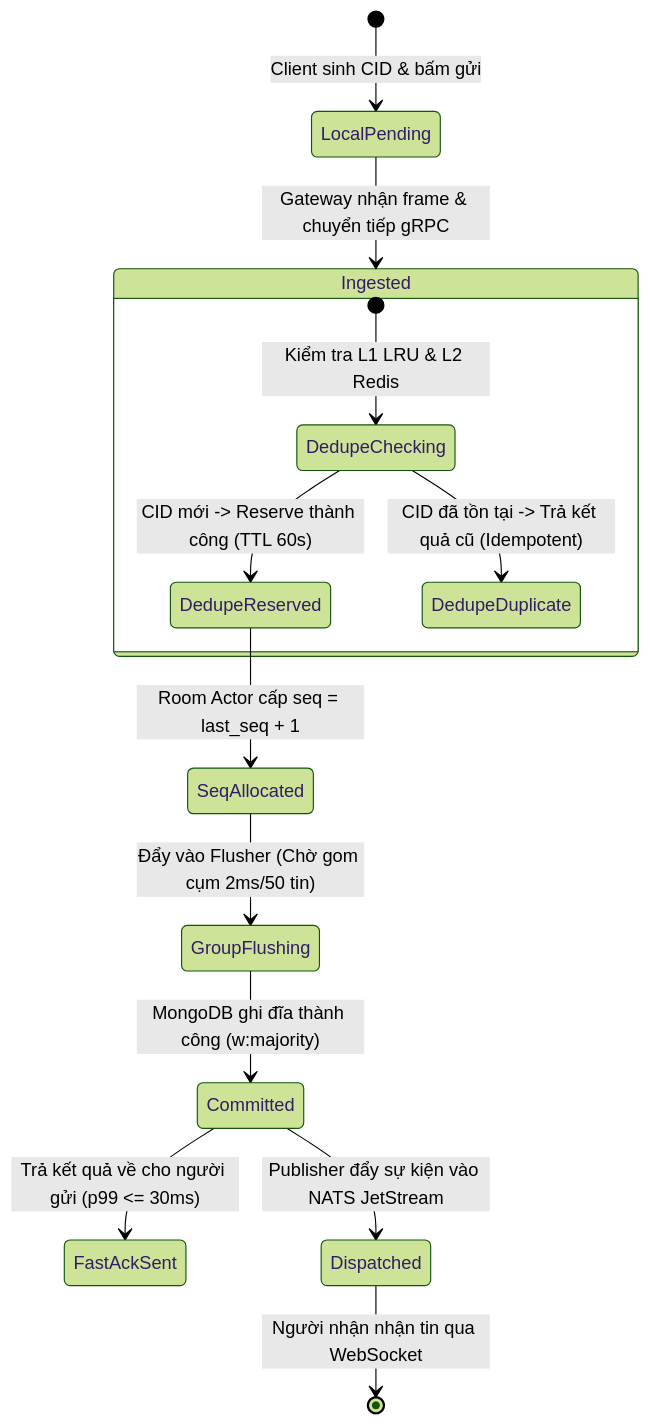
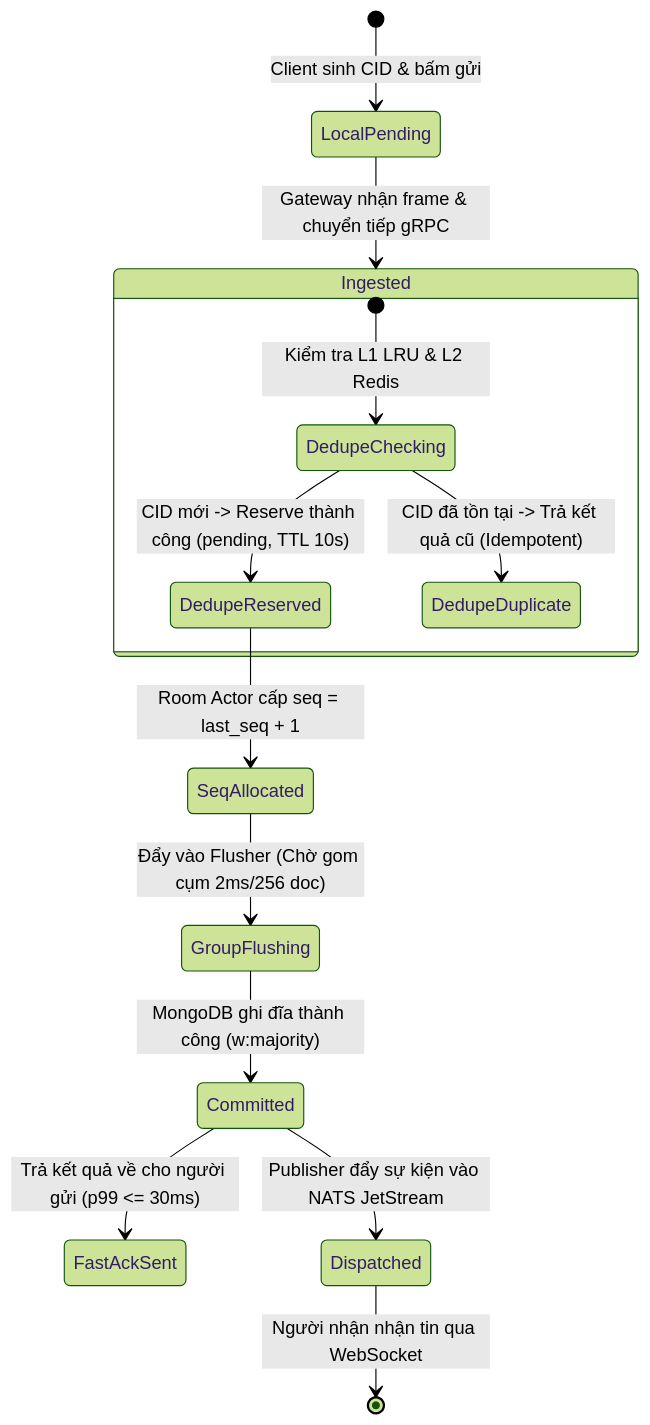
Before and after one commit to ivannguyendev/chatim: the second of 3 diagrams in docs/modules/02-feature-message-sending-and-ordering.md, drawn with Mermaid (forest theme). The commit also changed other lines of this file and 12 other files, not shown here.

````diff
--- a/docs/modules/02-feature-message-sending-and-ordering.md
+++ b/docs/modules/02-feature-message-sending-and-ordering.md
@@ -62,20 +62,20 @@
 ```mermaid
 stateDiagram-v2
     [*] --> LocalPending: Client sinh CID & bấm gửi
     LocalPending --> Ingested: Gateway nhận frame & chuyển tiếp gRPC
 
     state Ingested {
         [*] --> DedupeChecking: Kiểm tra L1 LRU & L2 Redis
-        DedupeChecking --> DedupeReserved: CID mới -> Reserve thành công (TTL 60s)
+        DedupeChecking --> DedupeReserved: CID mới -> Reserve thành công (pending, TTL 10s)
         DedupeChecking --> DedupeDuplicate: CID đã tồn tại -> Trả kết quả cũ (Idempotent)
     }
 
     DedupeReserved --> SeqAllocated: Room Actor cấp seq = last_seq + 1
-    SeqAllocated --> GroupFlushing: Đẩy vào Flusher (Chờ gom cụm 2ms/50 tin)
+    SeqAllocated --> GroupFlushing: Đẩy vào Flusher (Chờ gom cụm 2ms/256 doc)
     GroupFlushing --> Committed: MongoDB ghi đĩa thành công (w:majority)
 
     Committed --> FastAckSent: Trả kết quả về cho người gửi (p99 <= 30ms)
     Committed --> Dispatched: Publisher đẩy sự kiện vào NATS JetStream
 
     Dispatched --> [*]: Người nhận nhận tin qua WebSocket
 ```
````
